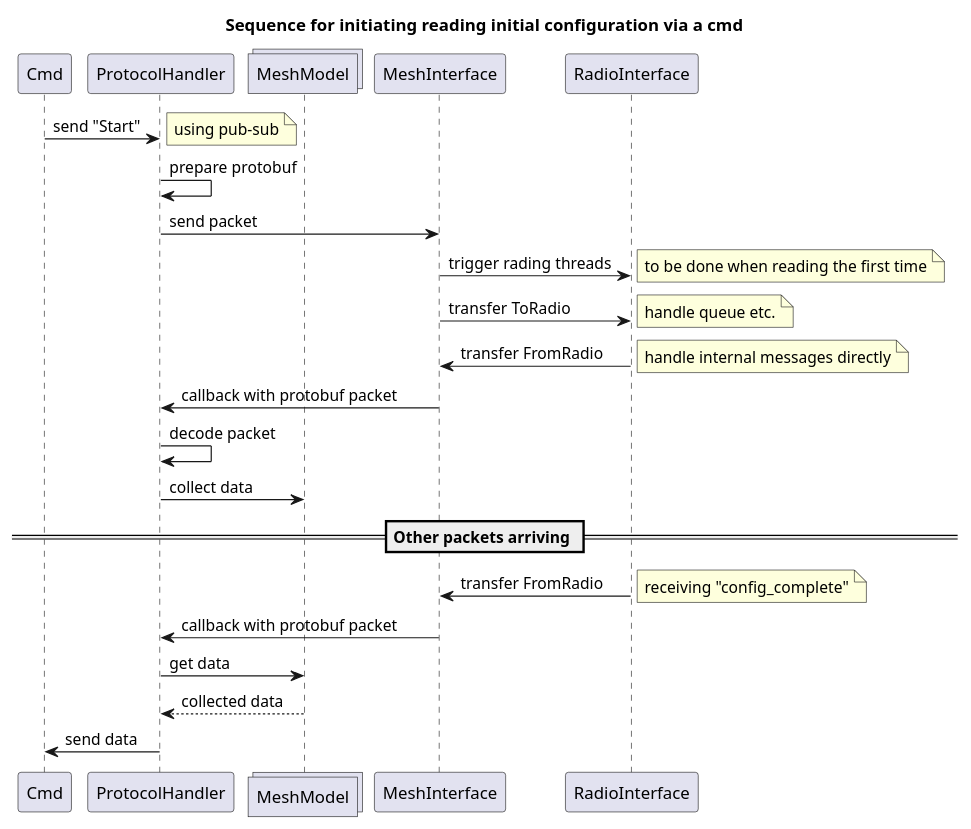
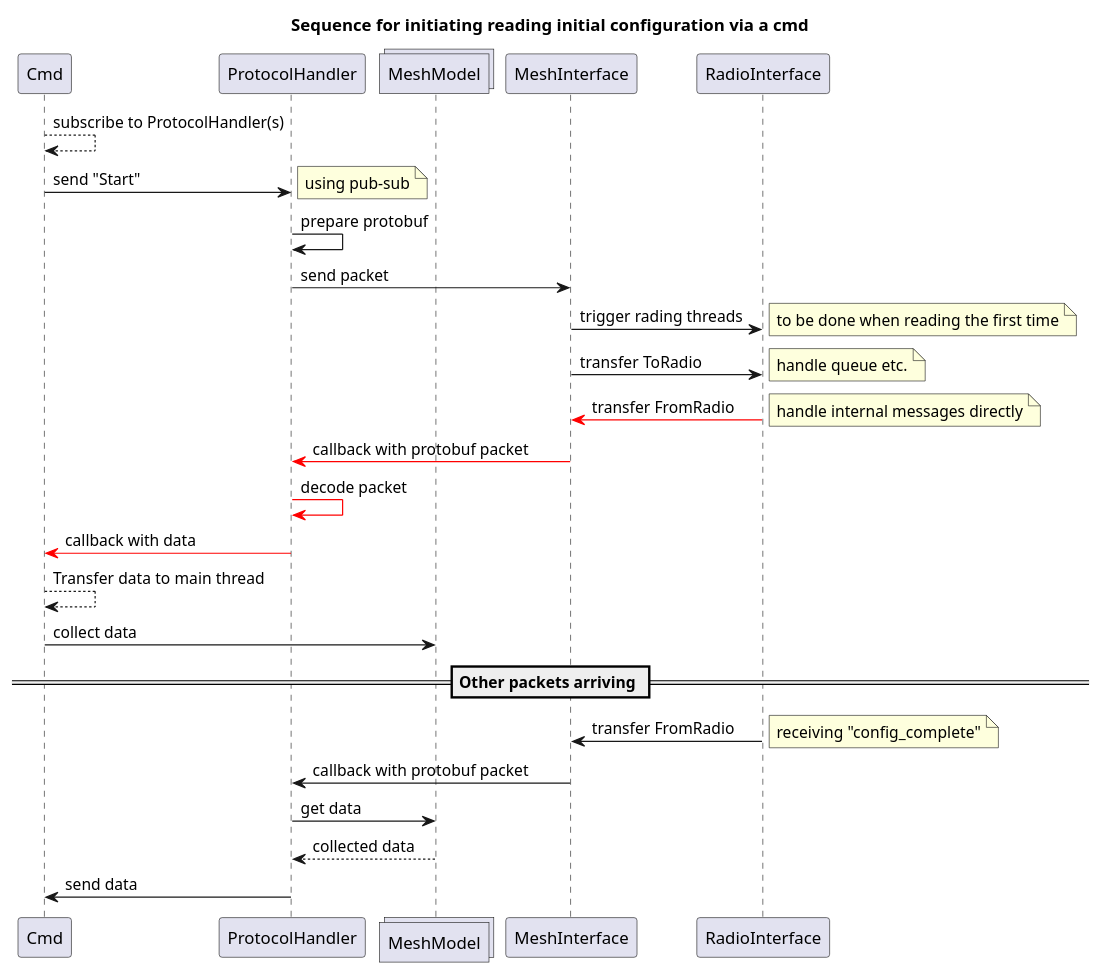
Before and after one commit to juergenRe/python: the sixth of 8 diagrams in meshtastic/devdoc/Architecture.md, drawn with PlantUML. The commit also changed other lines of this file and 1 other file, not shown here.

Commit message:
intermediate state: refining architecture doc and implementing first draft of MeshModel

````diff
--- a/meshtastic/devdoc/Architecture.md
+++ b/meshtastic/devdoc/Architecture.md
@@ -499,29 +499,32 @@
 ```plantuml
 title Sequence for initiating reading initial configuration via a cmd
 participant Cmd as cmd
 participant ProtocolHandler as ph
 collections MeshModel as mm
 participant MeshInterface as mi
 participant RadioInterface as ri
 
+cmd --> cmd: subscribe to ProtocolHandler(s)
 cmd -> ph: send "Start"
 note right: using pub-sub 
 ph -> ph: prepare protobuf
 ph -> mi: send packet
 mi -> ri: trigger rading threads
 note right: to be done when reading the first time
 mi -> ri: transfer ToRadio
 note right: handle queue etc.
-ri -> mi: transfer FromRadio
+ri -[#red]> mi: transfer FromRadio
 note right: handle internal messages directly
-mi -> ph: callback with protobuf packet
-ph -> ph: decode packet
-ph -> mm: collect data
+mi -[#red]> ph: callback with protobuf packet
+ph -[#red]> ph: decode packet
+ph -[#red]> cmd: callback with data
+cmd --> cmd: Transfer data to main thread
+cmd -> mm: collect data
 == Other packets arriving ==
 ri -> mi: transfer FromRadio
 note right: receiving "config_complete"
 mi -> ph: callback with protobuf packet
 ph -> mm: get data
 mm --> ph: collected data
 ph -> cmd: send data
 ```
````
